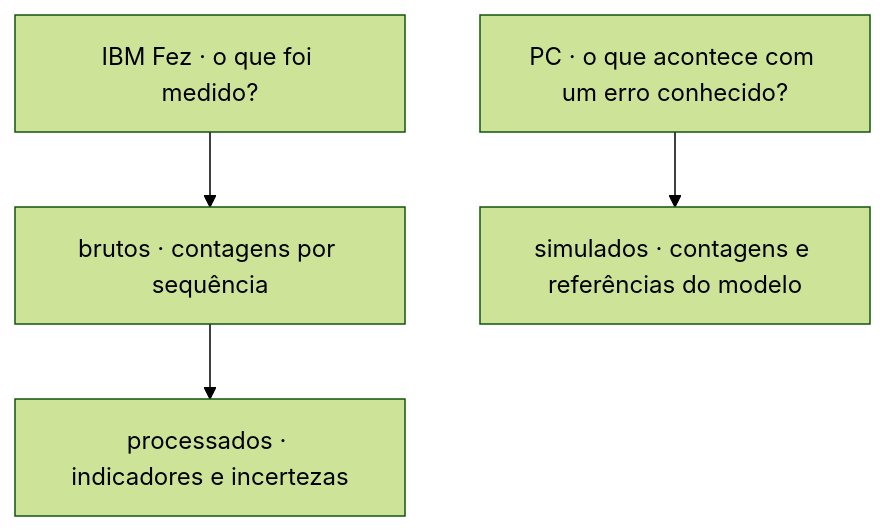
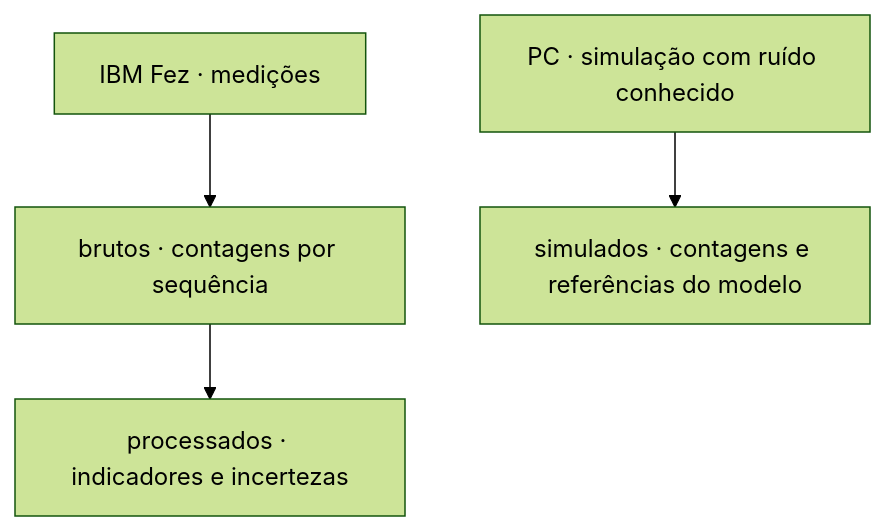
The diagram in quantum-mitigation/dados/README.md (JP-142004/quantum-research), drawn with Mermaid (forest theme) before and after one commit. The commit also changed other lines of this file and 4 other files, not shown here.

````diff
--- a/quantum-mitigation/dados/README.md
+++ b/quantum-mitigation/dados/README.md
@@ -7,6 +7,6 @@
 ```mermaid
 flowchart TD
-    A["IBM Fez · o que foi medido?"] --> B["brutos · contagens por sequência"]
+    A["IBM Fez · medições"] --> B["brutos · contagens por sequência"]
     B --> C["processados · indicadores e incertezas"]
-    D["PC · o que acontece com um erro conhecido?"] --> E["simulados · contagens e referências do modelo"]
+    D["PC · simulação com ruído conhecido"] --> E["simulados · contagens e referências do modelo"]
 ```
````
